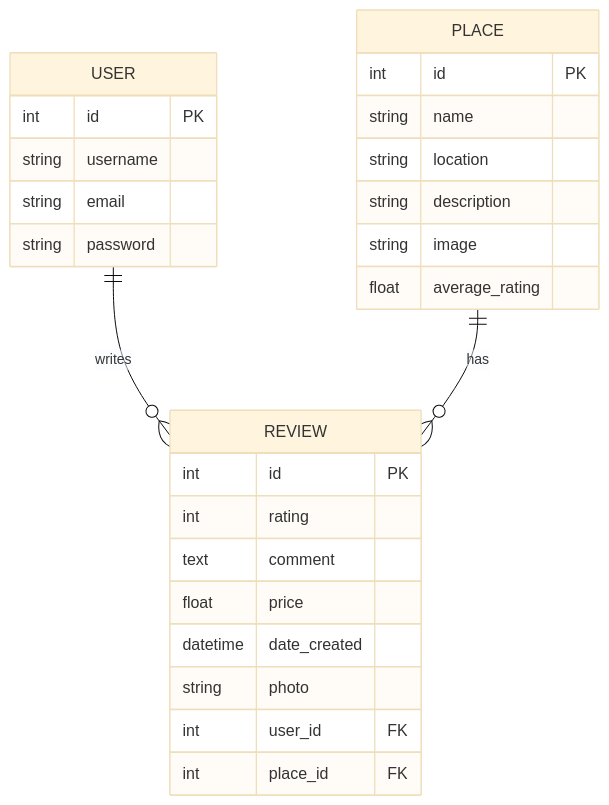
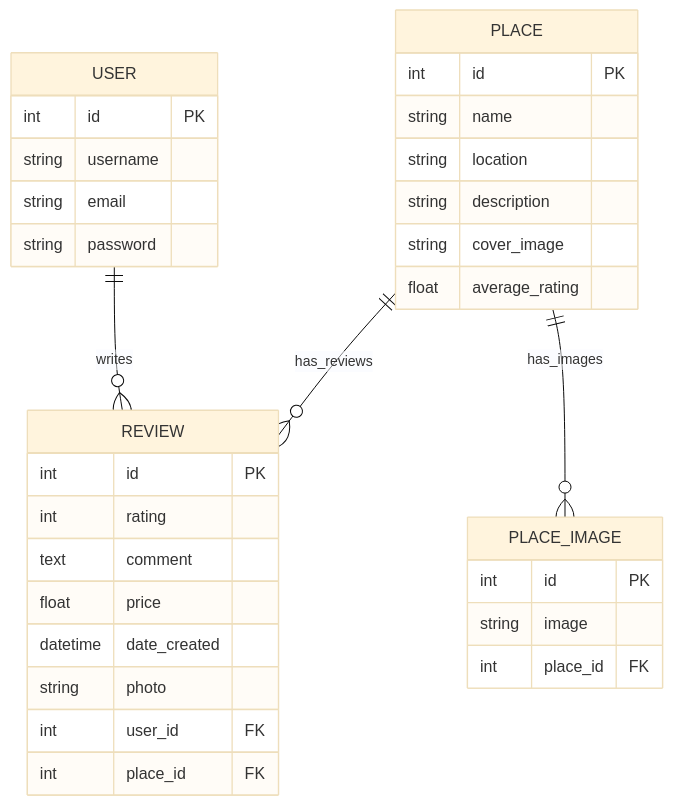
Before and after one commit to qusaiothman44/Capstone-Project: the diagram in README.md, drawn with Mermaid (base theme). The commit also changed other lines of this file, not shown here.

Commit message:
adding new model for pics

````````diff
--- a/README.md
+++ b/README.md
@@ -44,35 +44,41 @@
 ```mermaid
 erDiagram
     USER {
         int id PK
         string username
         string email
         string password
     }
 
     PLACE {
         int id PK
         string name
         string location
         string description
-        string image
+        string cover_image
         float average_rating
     }
 
     REVIEW {
         int id PK
         int rating
         text comment
         float price
         datetime date_created
         string photo
         int user_id FK
         int place_id FK
     }
 
-    USER ||--o{ REVIEW : "writes"
-    PLACE ||--o{ REVIEW : "has"
+    PLACE_IMAGE {
+        int id PK
+        string image
+        int place_id FK
+    }
 
+    USER ||--o{ REVIEW : writes
+    PLACE ||--o{ REVIEW : has_reviews
+    PLACE ||--o{ PLACE_IMAGE : has_images
 
 
 ```````
````````
